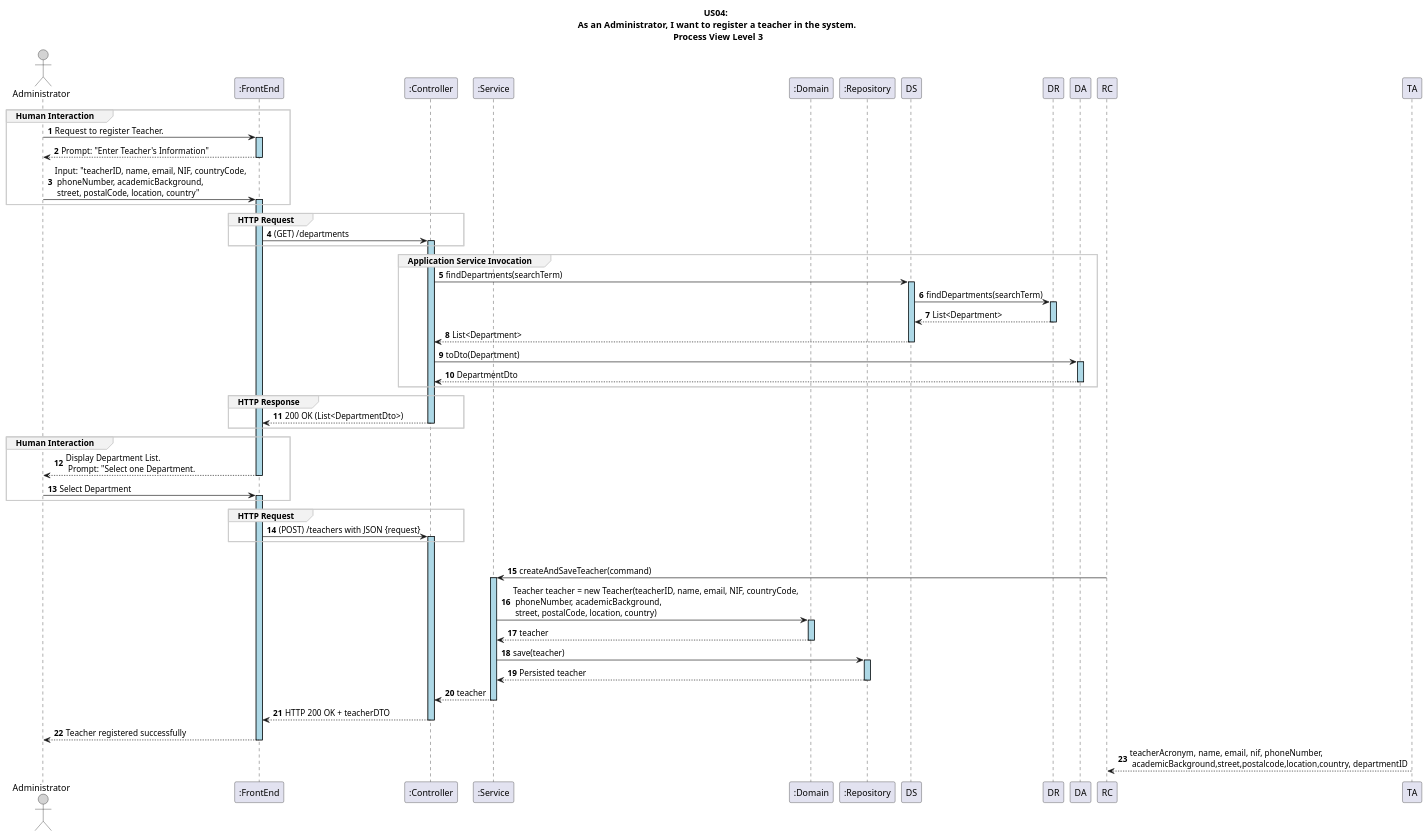
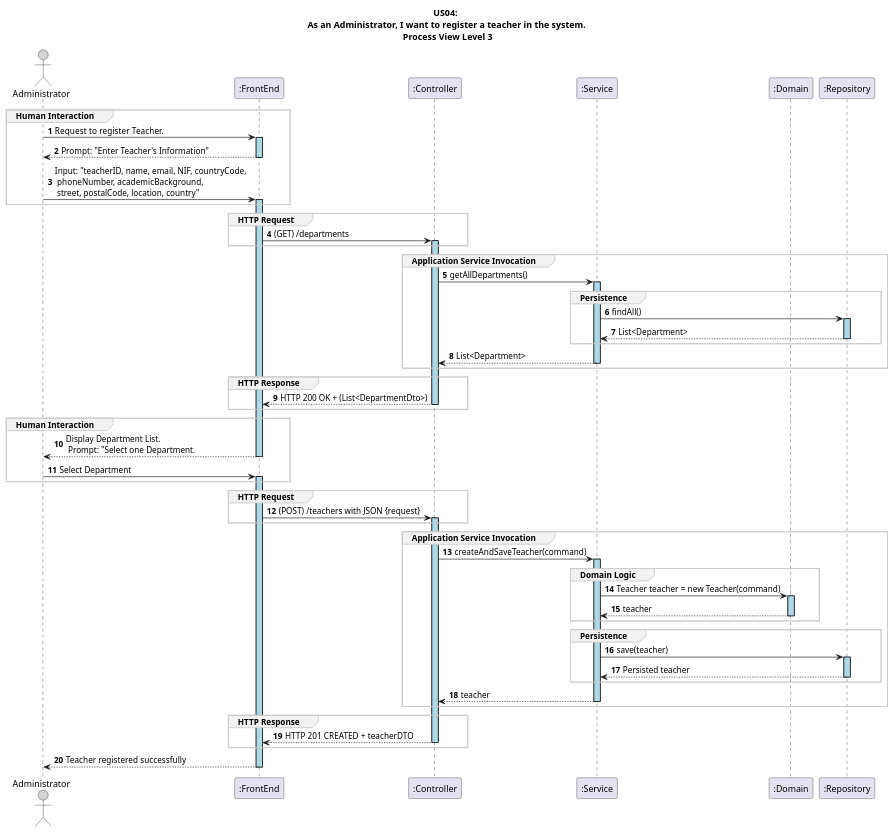
The diagram in docs/US04/Sprint6/ProcessView/Level3.puml (GasparISEP/DevOps-PAI), drawn with PlantUML before and after one commit. The commit also changed 1 other file, not shown here.

Commit message:
docs: refactor Level 3 & 4 ProcessView diagrams to Teacher Registration. #500 #581

```diff
--- a/docs/US04/Sprint6/ProcessView/Level3.puml
+++ b/docs/US04/Sprint6/ProcessView/Level3.puml
@@ -1,73 +1,76 @@
 @startuml
 
 title US04: \n As an Administrator, I want to register a teacher in the system. \n Process View Level 3
 autonumber
 
 skinparam sequence {
     LifelineBorderColor black
     LifelineBackgroundColor LightBlue
     ActorBorderColor black
     ActorBackgroundColor LightGray
     GroupBorderColor #cccccc
     GroupBackgroundColor #f2f2f2
 }
 
 actor Administrator
-participant ":FrontEnd" as UI
+participant ":FrontEnd" as FE
 participant ":Controller" as CT
 participant ":Service" as SE
 participant ":Domain" as DM
 participant ":Repository" as RE
 
 
 
 group Human Interaction
-Administrator -> UI ++: Request to register Teacher.
-UI --> Administrator --: Prompt: "Enter Teacher's Information"
-Administrator -> UI ++: Input: "teacherID, name, email, NIF, countryCode, \n phoneNumber, academicBackground, \n street, postalCode, location, country"
+Administrator -> FE ++: Request to register Teacher.
+FE --> Administrator --: Prompt: "Enter Teacher's Information"
+Administrator -> FE ++: Input: "teacherID, name, email, NIF, countryCode, \n phoneNumber, academicBackground, \n street, postalCode, location, country"
 end group
 
 group HTTP Request
-UI -> CT ++: (GET) /departments
+FE -> CT ++: (GET) /departments
 end group
 
 group Application Service Invocation
-CT -> DS ++: findDepartments(searchTerm)
-DS -> DR ++: findDepartments(searchTerm)
+CT -> SE ++: getAllDepartments()
 
-DR --> DS --: List<Department>
+group Persistence
+SE -> RE ++: findAll()
+RE --> SE --: List<Department>
+end group
 
-DS --> CT --: List<Department>
-
-CT -> DA ++: toDto(Department)
-
-DA --> CT --: DepartmentDto
+SE --> CT --: List<Department>
 end group
 
 group HTTP Response
-CT --> UI--:  200 OK (List<DepartmentDto>)
+CT --> FE--:  HTTP 200 OK + (List<DepartmentDto>)
 end group
 
 group Human Interaction
-UI --> Administrator --: Display Department List. \n Prompt: "Select one Department.
-Administrator -> UI ++: Select Department
+FE --> Administrator --: Display Department List. \n Prompt: "Select one Department.
+Administrator -> FE ++: Select Department
 end group
 
 group HTTP Request
-UI -> CT ++: (POST) /teachers with JSON {request}
+FE -> CT ++: (POST) /teachers with JSON {request}
 end group
 
 group Application Service Invocation
-RC -> SE ++: createAndSaveTeacher(command)
-SE -> DM ++: Teacher teacher = new Teacher(teacherID, name, email, NIF, countryCode, \n phoneNumber, academicBackground, \n street, postalCode, location, country)
+CT -> SE ++: createAndSaveTeacher(command)
+group Domain Logic
+SE -> DM ++: Teacher teacher = new Teacher(command)
 DM --> SE --: teacher
+end group
+group Persistence
 SE -> RE ++: save(teacher)
 RE --> SE --: Persisted teacher
+end group
 SE --> CT --: teacher
-
-
-CT --> UI --: HTTP 200 OK + teacherDTO
-UI --> Administrator --: Teacher registered successfully
-TA --> RC --: teacherAcronym, name, email, nif, phoneNumber,\n academicBackground,street,postalcode,location,country, departmentID
-
+end group
+group HTTP Response
+CT --> FE --: HTTP 201 CREATED + teacherDTO
+end group
+FE --> Administrator --: Teacher registered successfully
+'TA --> RC --: teacherAcronym, name, email, nif, phoneNumber,\n academicBackground,street,postalcode,location,country, departmentID
+'
 @enduml
```
